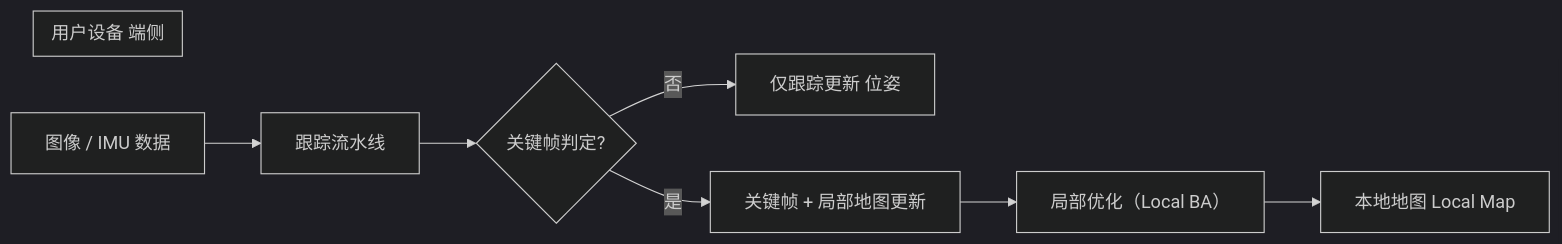
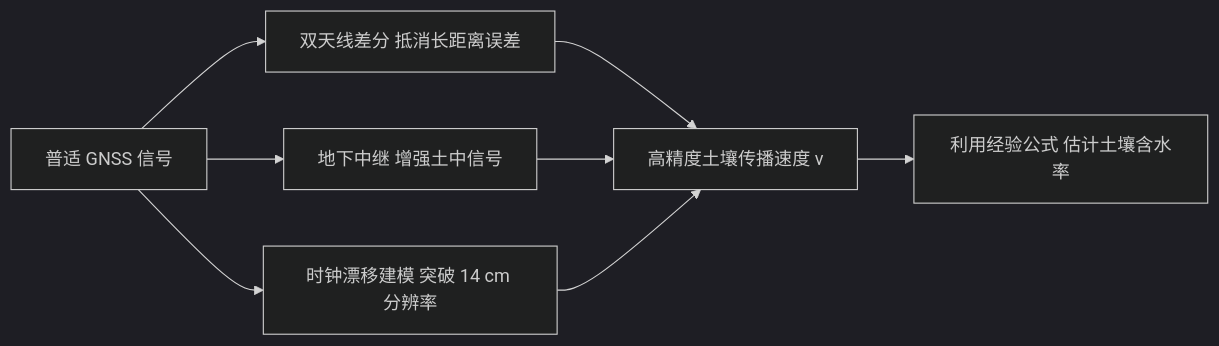
The second of 2 diagrams in slides.md (zhaolin191544/csgo), drawn with Mermaid (dark theme) before and after one commit. The commit also changed other lines of this file and 27 other files, not shown here.

````diff
--- a/slides.md
+++ b/slides.md
@@ -284,11 +173,10 @@
 ```mermaid
 flowchart LR
-        subgraph TITLE[用户设备 端侧]
-        end
-        A[图像 / IMU 数据] --> B[跟踪流水线]
-        B --> C{关键帧判定?}
-        C -- 否 --> B2[仅跟踪更新 位姿]
-        C -- 是 --> D[关键帧 + 局部地图更新]
-        D --> E1[局部优化（Local BA）]
-        E1 --> LMAP[本地地图 Local Map]
+    A[普适 GNSS 信号] --> B[双天线差分 抵消长距离误差]
+    A --> C[地下中继 增强土中信号]
+    B --> D[高精度土壤传播速度 v]
+    C --> D
+    D --> E[利用经验公式 估计土壤含水率]
+    A --> F[时钟漂移建模 突破 14 cm 分辨率]
+    F --> D
 ```
````
